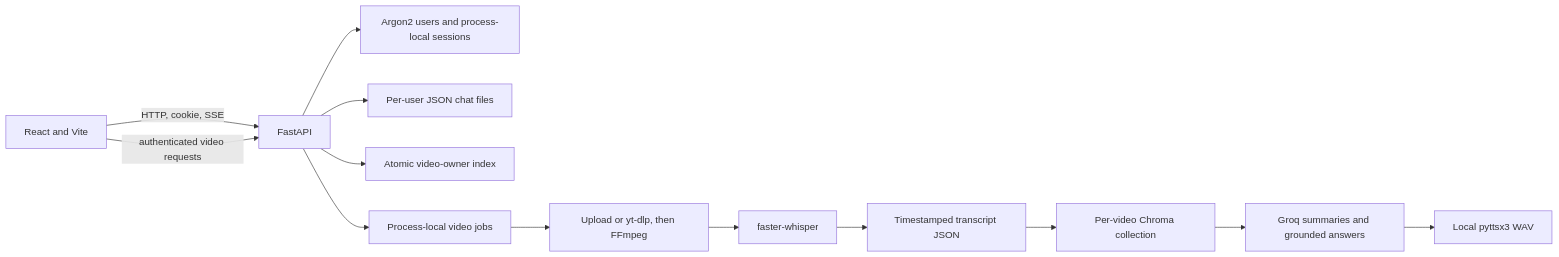
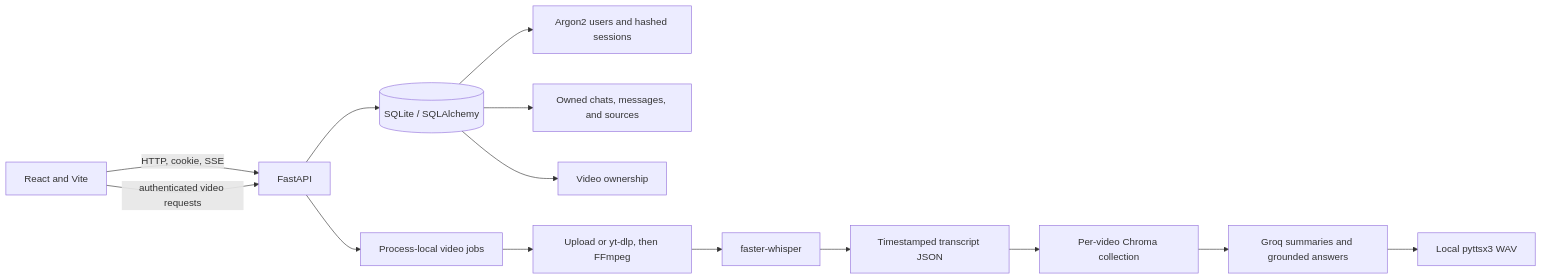
One commit to z3yad30/VideoMind changed the diagram in PROJECT_RECAP.md. Above: the diagram before and after it, drawn with Mermaid. The commit also changed other lines of this file and 29 other files, not shown here.

````diff
--- a/PROJECT_RECAP.md
+++ b/PROJECT_RECAP.md
@@ -9,15 +9,16 @@
 ```mermaid
 flowchart LR
     Browser[React and Vite] -->|HTTP, cookie, SSE| API[FastAPI]
-    API --> Auth[Argon2 users and process-local sessions]
-    API --> Chat[Per-user JSON chat files]
-    API --> Owners[Atomic video-owner index]
+    API --> DB[(SQLite / SQLAlchemy)]
+    DB --> Auth[Argon2 users and hashed sessions]
+    DB --> Chat[Owned chats, messages, and sources]
+    DB --> Owners[Video ownership]
     API --> Jobs[Process-local video jobs]
     Jobs --> Media[Upload or yt-dlp, then FFmpeg]
     Media --> ASR[faster-whisper]
     ASR --> Transcript[Timestamped transcript JSON]
     Transcript --> RAG[Per-video Chroma collection]
     RAG --> LLM[Groq summaries and grounded answers]
     LLM --> TTS[Local pyttsx3 WAV]
     Browser -->|authenticated video requests| API
 ```
````
